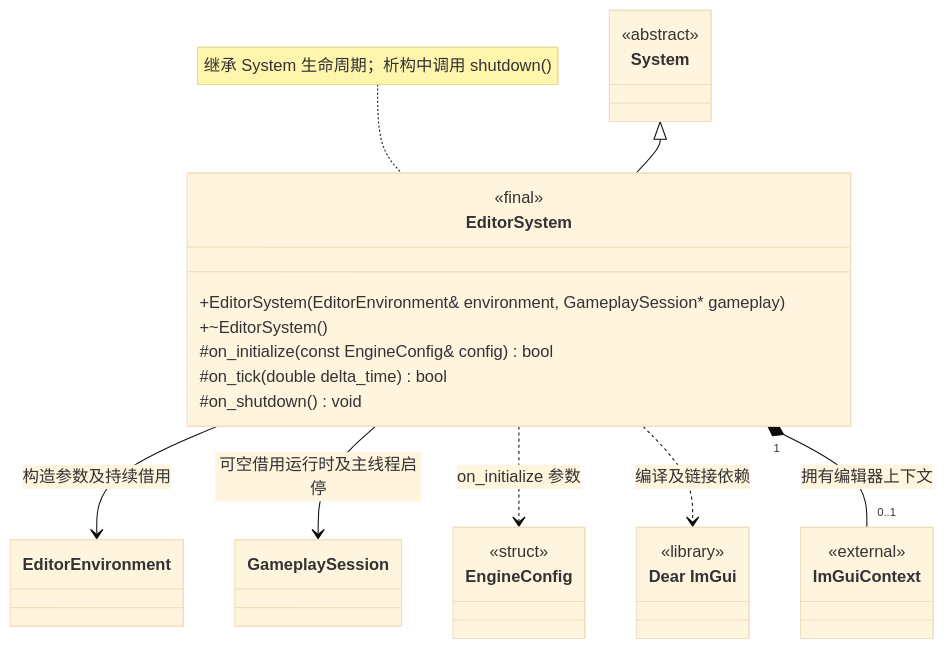
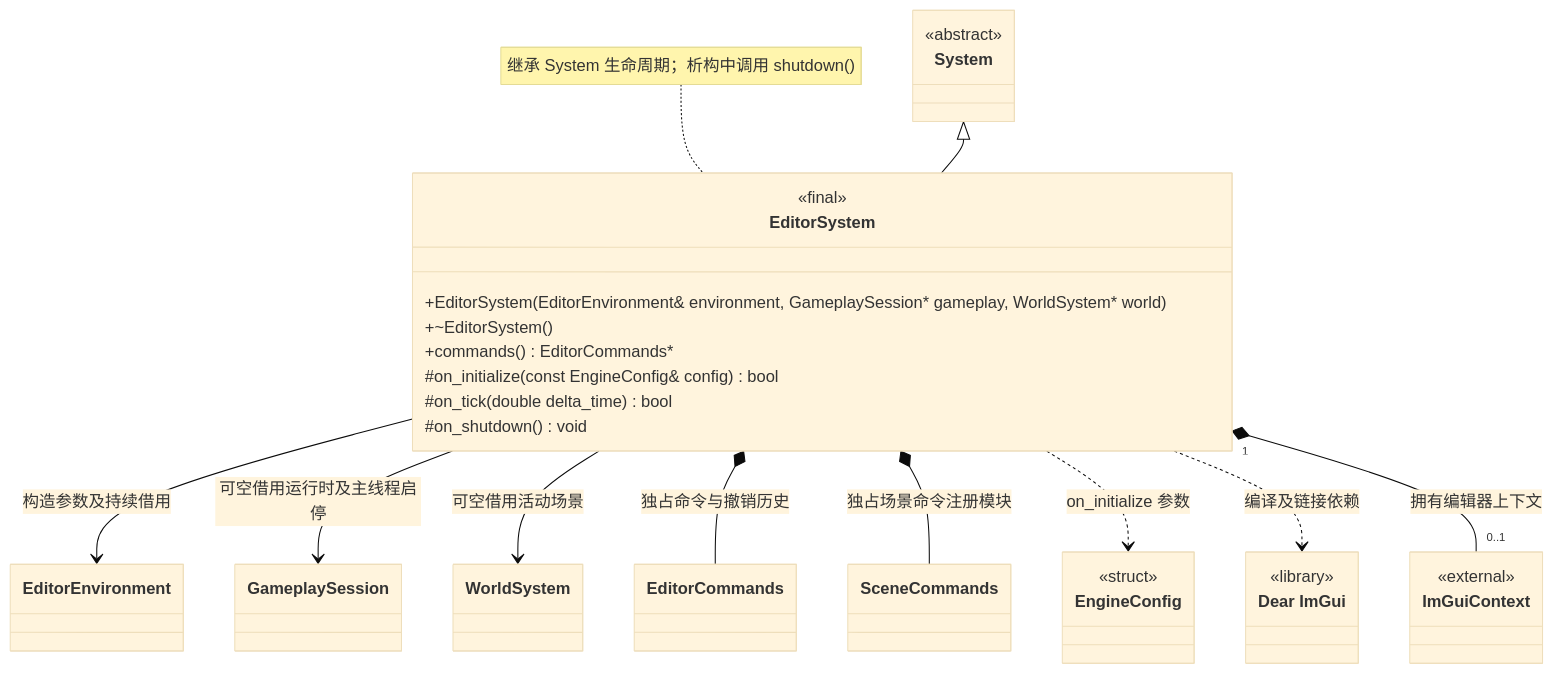
One commit to lcals/Engine changed the diagram in docs/editor/class-diagrams/editor-system.md. Above: the diagram before and after it, drawn with Mermaid (base theme). The commit also changed other lines of this file and 125 other files, not shown here.

````diff
--- a/docs/editor/class-diagrams/editor-system.md
+++ b/docs/editor/class-diagrams/editor-system.md
@@ -7,33 +7,40 @@
 ```mermaid
 classDiagram
     direction TB
     class EditorSystem {
         <<final>>
-        +EditorSystem(EditorEnvironment& environment, GameplaySession#42; gameplay)
+        +EditorSystem(EditorEnvironment& environment, GameplaySession#42; gameplay, WorldSystem#42; world)
         +~EditorSystem()
+        +commands() EditorCommands#42;
         #on_initialize(const EngineConfig& config) bool
         #on_tick(double delta_time) bool
         #on_shutdown() void
     }
     class System {
         <<abstract>>
     }
     class EngineConfig {
         <<struct>>
     }
     class EditorEnvironment
     class GameplaySession
+    class WorldSystem
+    class EditorCommands
+    class SceneCommands
     class DearImGui["Dear ImGui"] {
         <<library>>
     }
     class ImGuiContext {
         <<external>>
     }
     System <|-- EditorSystem
     EditorSystem --> EditorEnvironment : 构造参数及持续借用
     EditorSystem --> GameplaySession : 可空借用运行时及主线程启停
+    EditorSystem --> WorldSystem : 可空借用活动场景
+    EditorSystem *-- EditorCommands : 独占命令与撤销历史
+    EditorSystem *-- SceneCommands : 独占场景命令注册模块
     EditorSystem ..> EngineConfig : on_initialize 参数
     EditorSystem ..> DearImGui : 编译及链接依赖
     EditorSystem "1" *-- "0..1" ImGuiContext : 拥有编辑器上下文
     note for EditorSystem "继承 System 生命周期；析构中调用 shutdown()"
 ```
````
